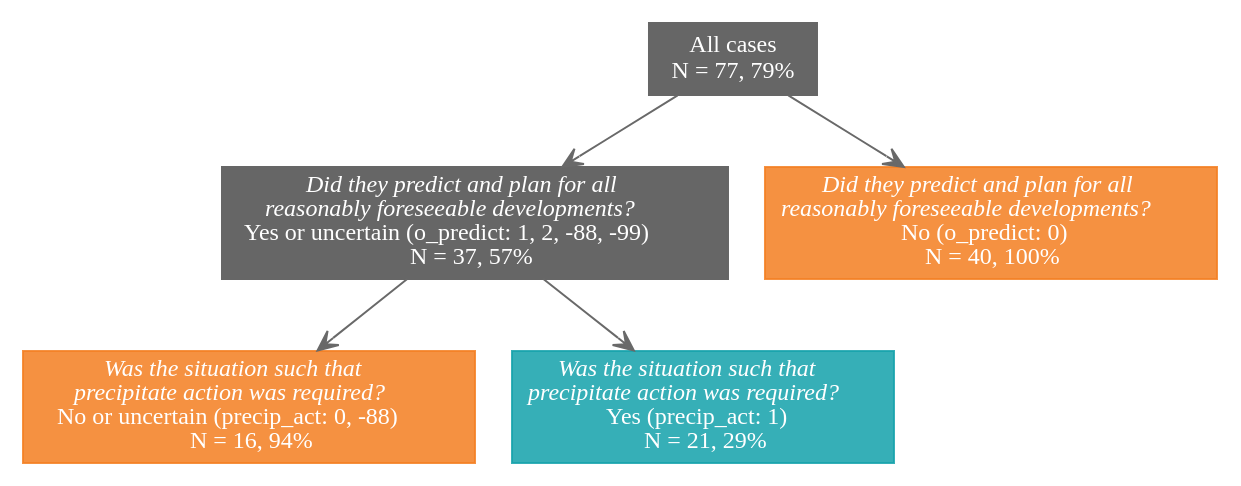
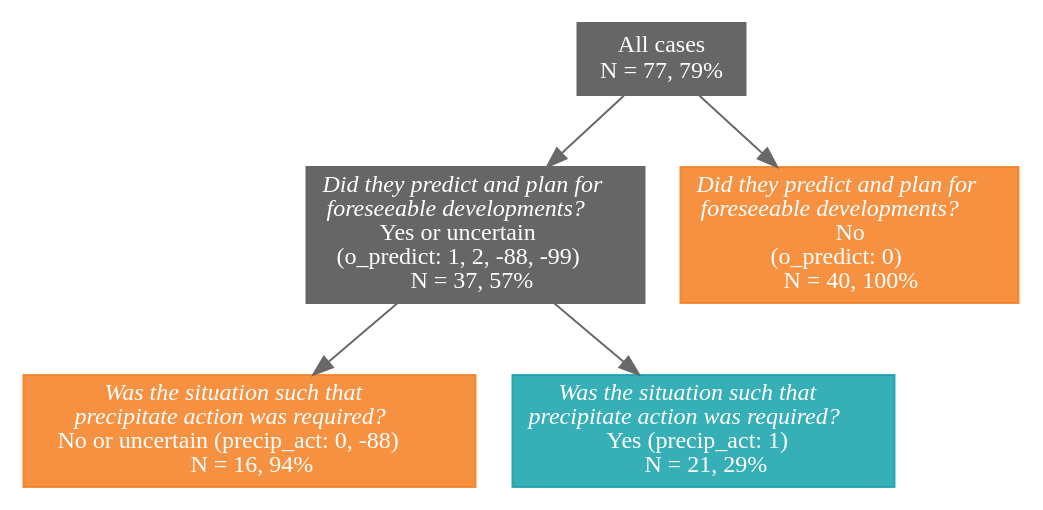
The diagram in cases-viol-tree-graph.gv (jonas-sk/ucf-thesis-analysis), drawn with Graphviz before and after one commit. The commit also changed 10 other files, not shown here.

```diff
--- a/cases-viol-tree-graph.gv
+++ b/cases-viol-tree-graph.gv
@@ -1,50 +1,50 @@
 strict digraph cases_viol_tree_graph {
   graph [fontname = calibri, 
         fontsize = 12,
         splines = polyline,
         layout = dot,
         overlap = false]
   
   #All nodes
   node [shape = box,
         style = filled,
         fontname = calibri, 
         fontsize = 12,
         fontcolor = white,
         fillcolor = "#666666",
         color = "#666666"]
         
   // Inner nodes
   all [label = "All cases \n N = 77, 79%"]
 
-  o_predict1 [label = <<i>Did they predict and plan for all <br/> reasonably foreseeable developments?</i> <br/>
-  Yes or uncertain (o_predict: 1, 2, -88, -99) <br/>
+  o_predict1 [label = <<i>Did they predict and plan for <br/> foreseeable developments?</i> <br/>
+  Yes or uncertain <br/> (o_predict: 1, 2, -88, -99) <br/>
   N = 37, 57%>]
   
   //Positive leaf nodes
   node [fillcolor = "#F48024DD",
         color = "#F48024DD"]
         
-    o_predict2 [label = <<i>Did they predict and plan for all <br/> reasonably foreseeable developments?</i> <br/>
-    No (o_predict: 0) <br/>
+    o_predict2 [label = <<i>Did they predict and plan for <br/> foreseeable developments?</i> <br/>
+    No <br/> (o_predict: 0) <br/>
     N = 40, 100%>]
     
     precip_act2 [label = <<i>Was the situation such that <br/> precipitate action was required?</i> <br/>
     No or uncertain (precip_act: 0, -88) <br/>
     N = 16, 94%>]
   
   // Negative leaf nodes
   node [fillcolor = "#18A3ACDD",
         color = "#18A3ACDD"]
         
   precip_act1 [label = <<i>Was the situation such that <br/> precipitate action was required?</i> <br/>
     Yes (precip_act: 1) <br/>
     N = 21, 29%>]
   
   //Edges
   edge [color = dimgray,
-        arrowhead = vee]
+        arrowhead = normal]
         
   all -> { o_predict1, o_predict2}
   o_predict1 -> { precip_act1, precip_act2}
 }
```
